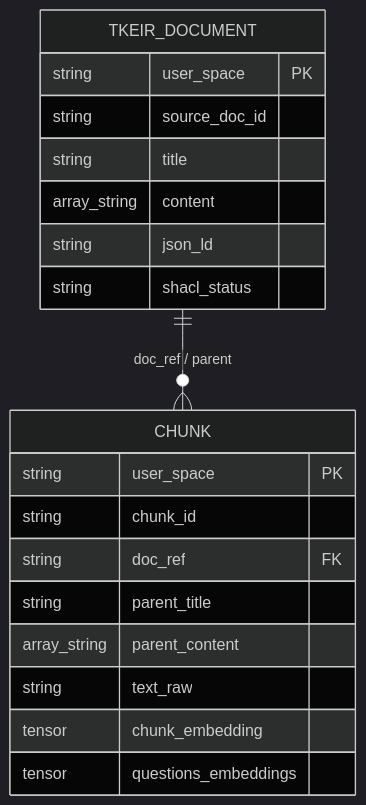
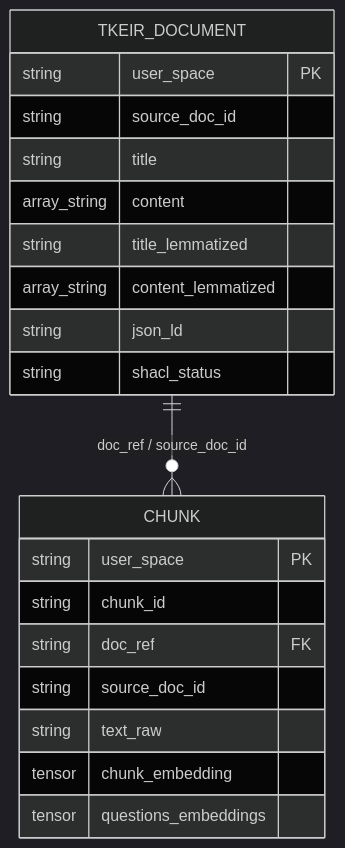
The fifth of 5 diagrams in docs/architecture/data-model.md (ThalesGroup/t-keir), drawn with Mermaid (dark theme) before and after one commit. The commit also changed other lines of this file and 2034 other files, not shown here.

````diff
--- a/docs/architecture/data-model.md
+++ b/docs/architecture/data-model.md
@@ -178,22 +178,23 @@
 ```mermaid
 erDiagram
-  TKEIR_DOCUMENT ||--o{ CHUNK : "doc_ref / parent"
+  TKEIR_DOCUMENT ||--o{ CHUNK : "doc_ref / source_doc_id"
   TKEIR_DOCUMENT {
     string user_space PK
     string source_doc_id
     string title
     array_string content
+    string title_lemmatized
+    array_string content_lemmatized
     string json_ld
     string shacl_status
   }
   CHUNK {
     string user_space PK
     string chunk_id
     string doc_ref FK
-    string parent_title
-    array_string parent_content
+    string source_doc_id
     string text_raw
     tensor chunk_embedding
     tensor questions_embeddings
   }
 ```
````
